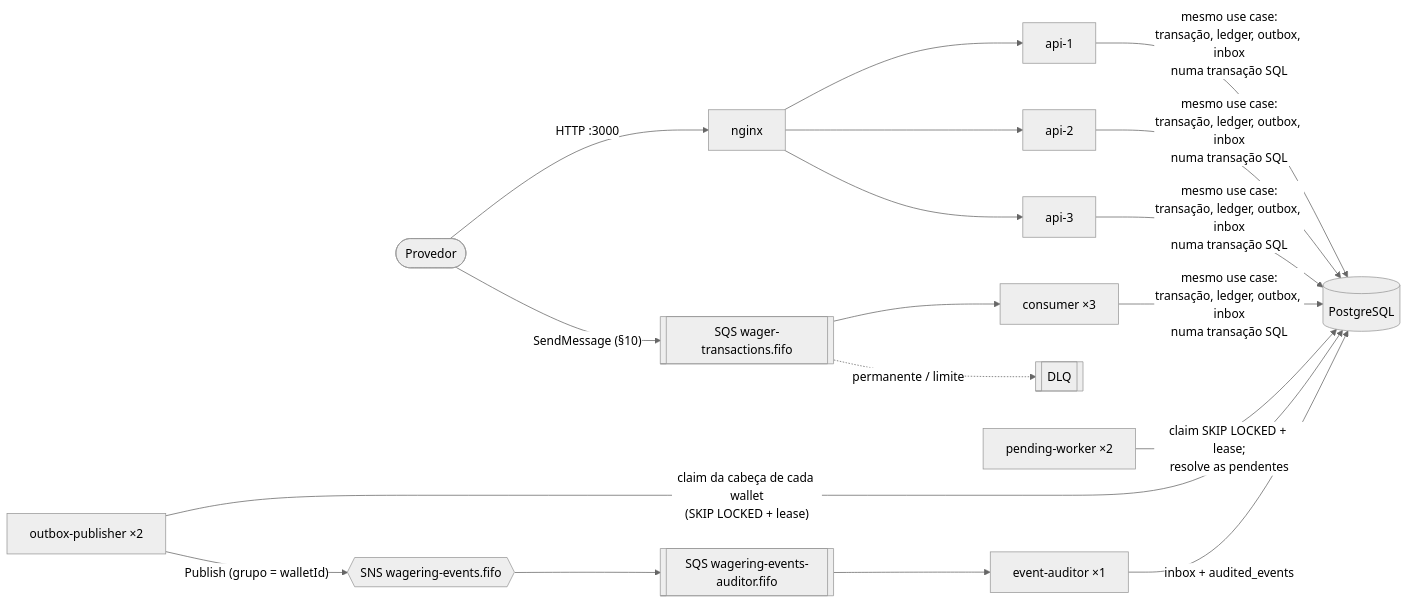
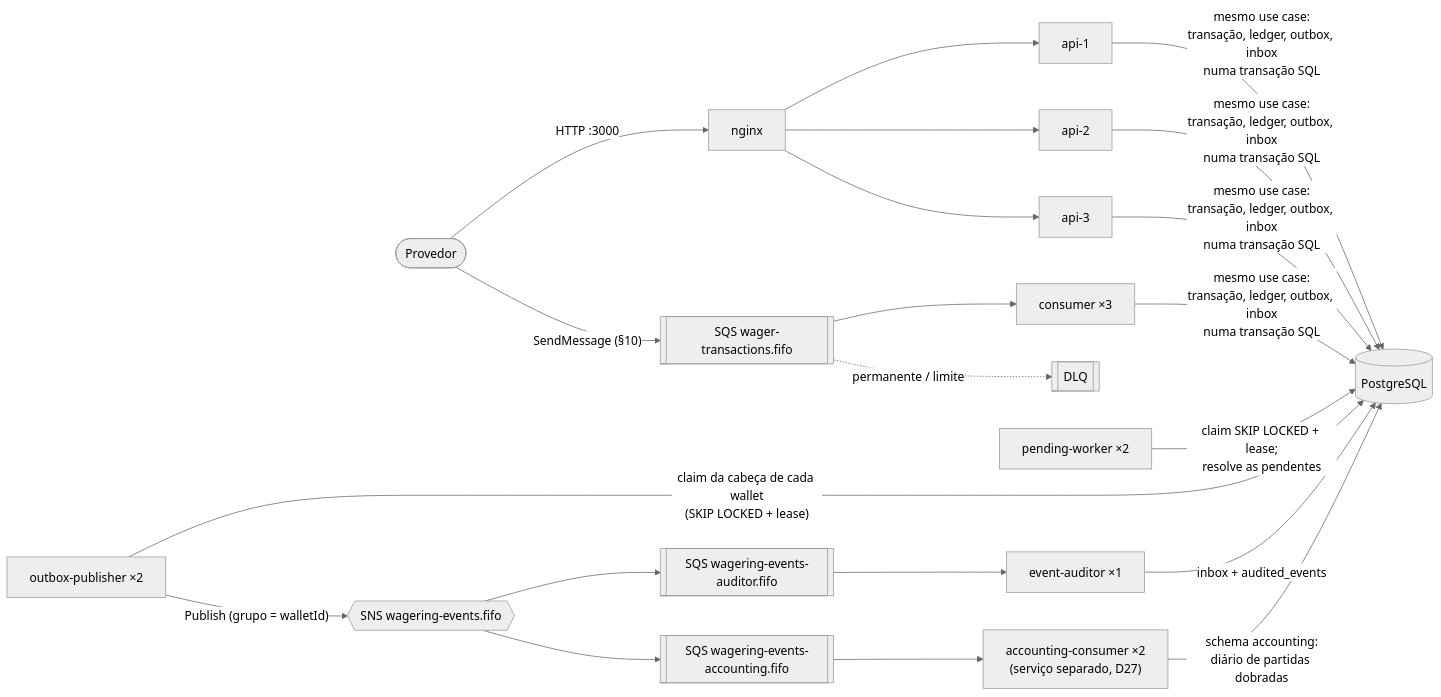
One commit to basedCaesar/distributed-wagering-processor changed the diagram in README.md. Above: the diagram before and after it, drawn with Mermaid (neutral theme). The commit also changed other lines of this file and 71 other files, not shown here.

Commit message:
feat(accounting): partidas dobradas [S14 D27]

````diff
--- a/README.md
+++ b/README.md
@@ -246,15 +247,18 @@
 ```mermaid
 flowchart LR
     provider([Provedor]) -- "HTTP :3000" --> nginx
     provider -- "SendMessage (§10)" --> q[["SQS wager-transactions.fifo"]]
     nginx --> api1[api-1] & api2[api-2] & api3[api-3]
     q --> consumer["consumer ×3"]
     q -. "permanente / limite" .-> dlq[["DLQ"]]
     api1 & api2 & api3 & consumer -- "mesmo use case:<br/>transação, ledger, outbox, inbox<br/>numa transação SQL" --> pg[(PostgreSQL)]
     worker["pending-worker ×2"] -- "claim SKIP LOCKED + lease;<br/>resolve as pendentes" --> pg
     publisher["outbox-publisher ×2"] -- "claim da cabeça de cada wallet<br/>(SKIP LOCKED + lease)" --> pg
     publisher -- "Publish (grupo = walletId)" --> sns{{"SNS wagering-events.fifo"}}
     sns --> aq[["SQS wagering-events-auditor.fifo"]]
     aq --> auditor["event-auditor ×1"]
     auditor -- "inbox + audited_events" --> pg
+    sns --> accq[["SQS wagering-events-accounting.fifo"]]
+    accq --> accounting["accounting-consumer ×2<br/>(serviço separado, D27)"]
+    accounting -- "schema accounting:<br/>diário de partidas dobradas" --> pg
 ```
````
